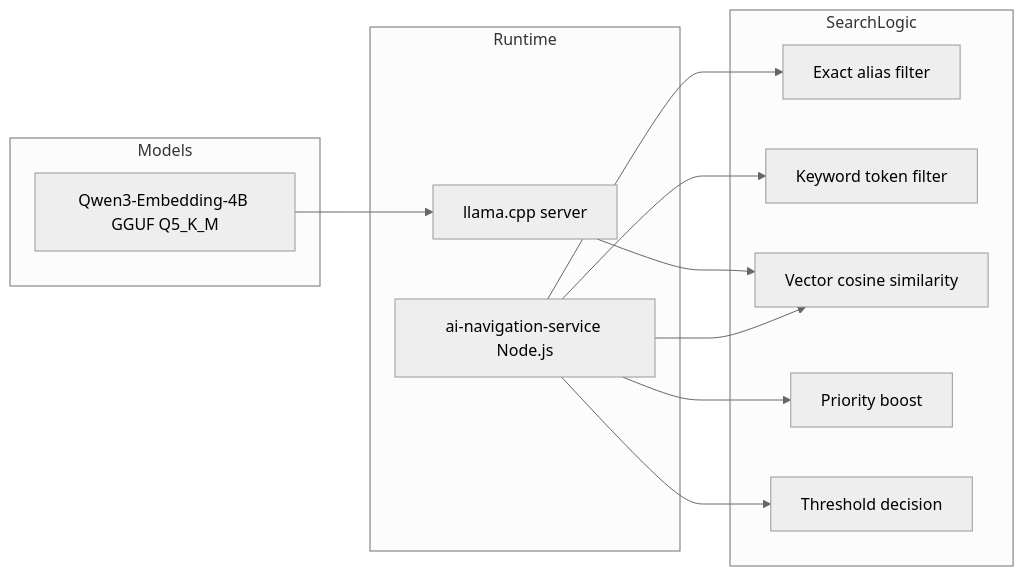
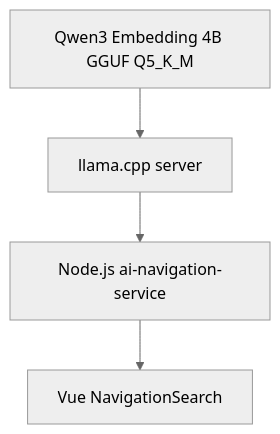
One commit to GockMock/MOSPOLI_LMS changed the ninth of 12 diagrams in docs/ai-navigation-architecture.md. Above: the diagram before and after it, drawn with Mermaid (neutral theme). The commit also changed other lines of this file, not shown here.

Commit message:
Simplify Mermaid architecture docs in Russian

````diff
--- a/docs/ai-navigation-architecture.md
+++ b/docs/ai-navigation-architecture.md
@@ -234,27 +142,11 @@
 ```mermaid
-flowchart LR
-    subgraph Models
-        M1[Qwen3-Embedding-4B GGUF Q5_K_M]
-    end
+flowchart TB
+    model[Qwen3 Embedding 4B GGUF Q5_K_M]
+    llama[llama.cpp server]
+    api[Node.js ai-navigation-service]
+    ui[Vue NavigationSearch]
 
-    subgraph Runtime
-        L[llama.cpp server]
-        A[ai-navigation-service Node.js]
-    end
-
-    subgraph SearchLogic
-        F1[Exact alias filter]
-        F2[Keyword token filter]
-        F3[Vector cosine similarity]
-        F4[Priority boost]
-        F5[Threshold decision]
-    end
-
-    M1 --> L
-    L --> F3
-    A --> F1
-    A --> F2
-    A --> F3
-    A --> F4
-    A --> F5
+    model --> llama
+    llama --> api
+    api --> ui
 ```
````
